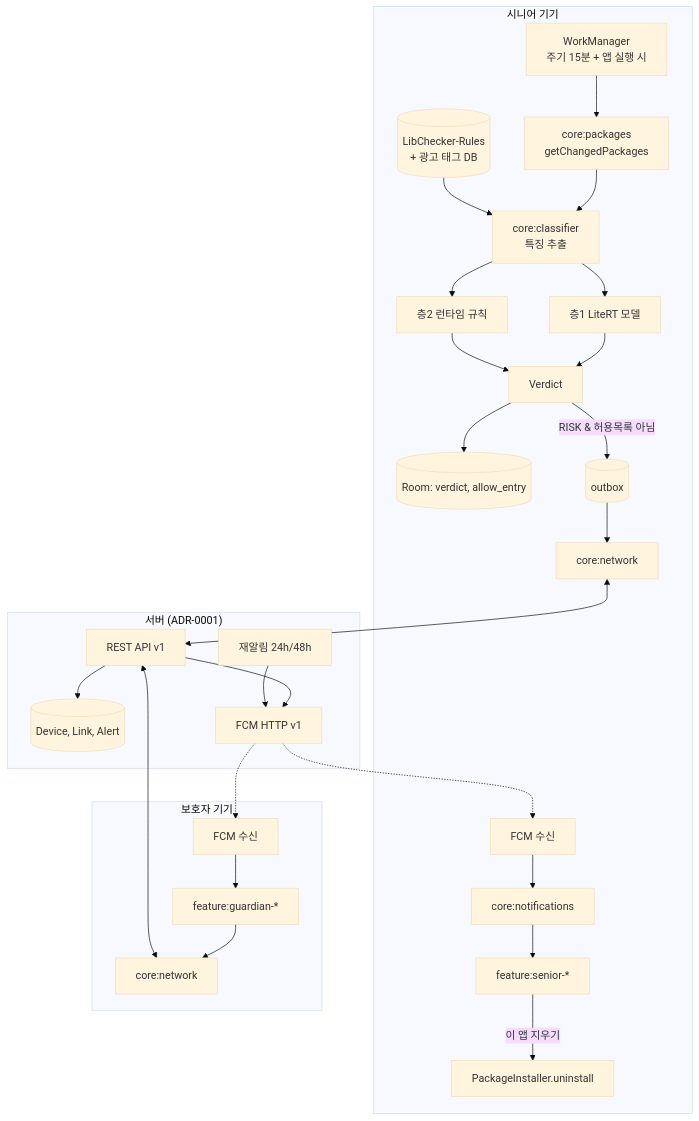
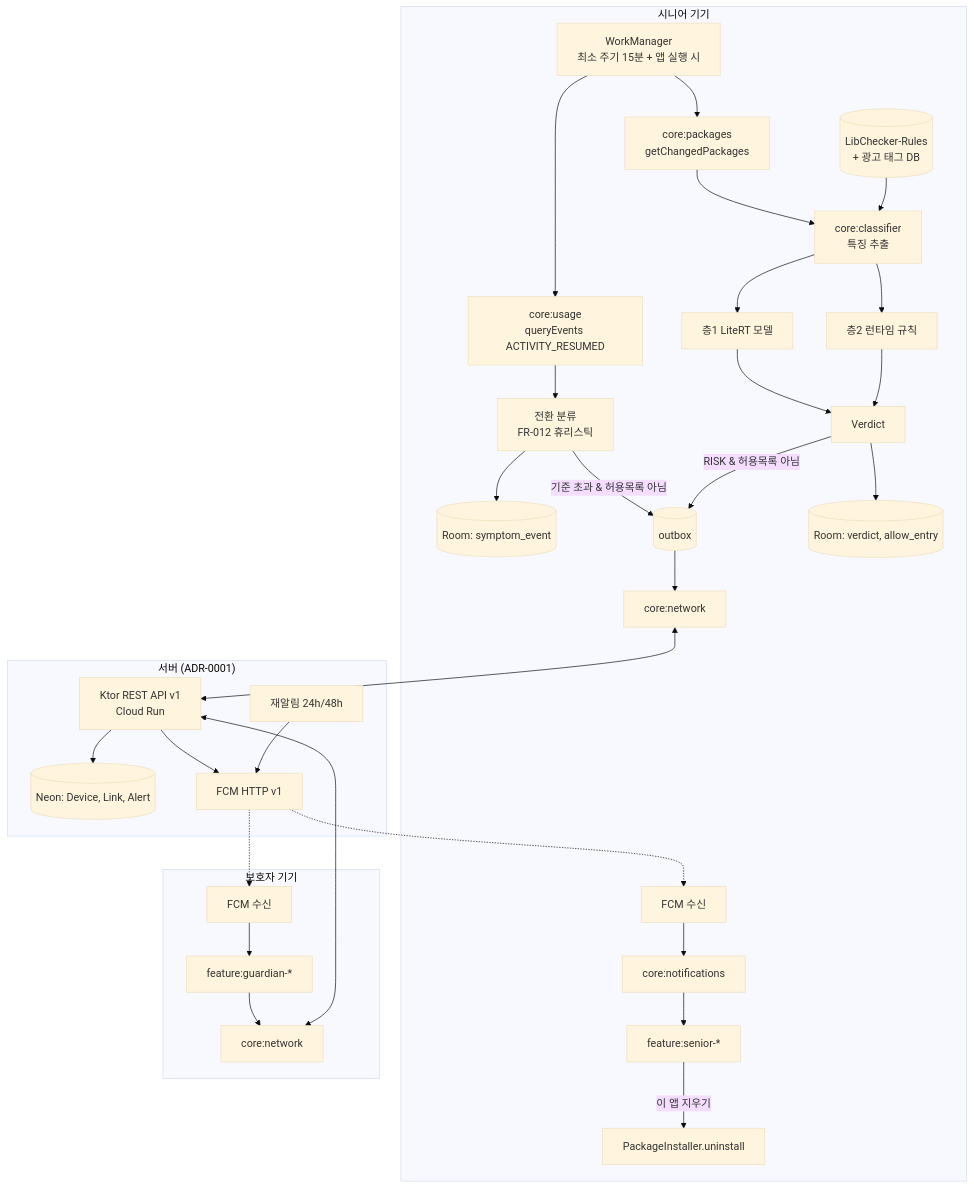
Before and after one commit to inq-o/phonedoctor: the diagram in specs/001-mvp/plan.md, drawn with Mermaid (base theme). The commit also changed other lines of this file and 9 other files, not shown here.

````diff
--- a/specs/001-mvp/plan.md
+++ b/specs/001-mvp/plan.md
@@ -39,30 +41,34 @@
 ```mermaid
 flowchart TB
     subgraph Device["시니어 기기"]
-        WM[WorkManager<br/>주기 15분 + 앱 실행 시] --> CH[core:packages<br/>getChangedPackages]
+        WM[WorkManager<br/>최소 주기 15분 + 앱 실행 시] --> US[core:usage<br/>queryEvents ACTIVITY_RESUMED]
+        US --> SY[전환 분류<br/>FR-012 휴리스틱]
+        SY --> SE[(Room: symptom_event)]
+        SY -->|기준 초과 & 허용목록 아님| OB
+        WM --> CH[core:packages<br/>getChangedPackages]
         CH --> FX[core:classifier<br/>특징 추출]
         RULES[(LibChecker-Rules<br/>+ 광고 태그 DB)] --> FX
         FX --> M1[층1 LiteRT 모델]
         FX --> M2[층2 런타임 규칙]
         M1 & M2 --> V[Verdict]
         V --> DB[(Room: verdict, allow_entry)]
         V -->|RISK & 허용목록 아님| OB[(outbox)]
         OB --> NET[core:network]
         FCMR[FCM 수신] --> NOTI[core:notifications]
         NOTI --> UI[feature:senior-*]
         UI -->|이 앱 지우기| PI[PackageInstaller.uninstall]
     end
     subgraph Server["서버 (ADR-0001)"]
-        API[REST API v1] --> STORE[(Device, Link, Alert)]
+        API[Ktor REST API v1<br/>Cloud Run] --> STORE[(Neon: Device, Link, Alert)]
         API --> FCM[FCM HTTP v1]
         CRON[재알림 24h/48h] --> FCM
     end
     subgraph Guardian["보호자 기기"]
         GN[FCM 수신] --> GUI[feature:guardian-*]
         GUI --> GNET[core:network]
     end
     NET <--> API
     GNET <--> API
     FCM -.-> FCMR
     FCM -.-> GN
 ```
````
